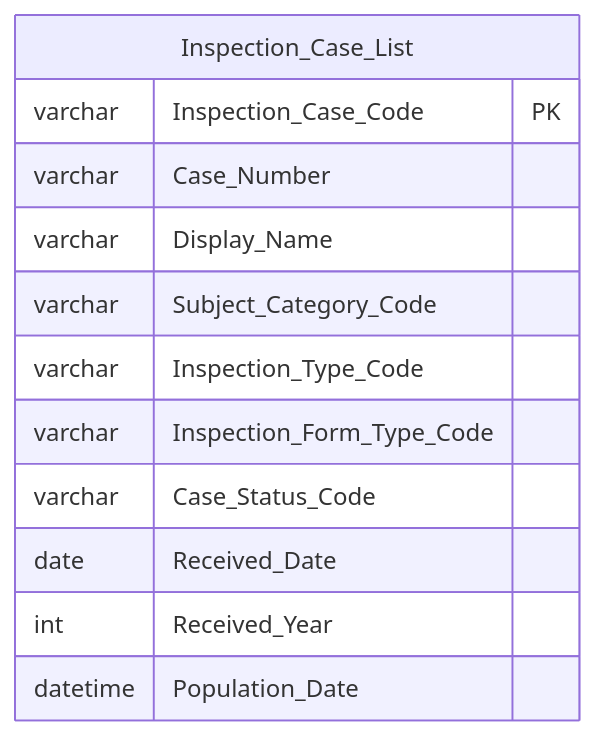
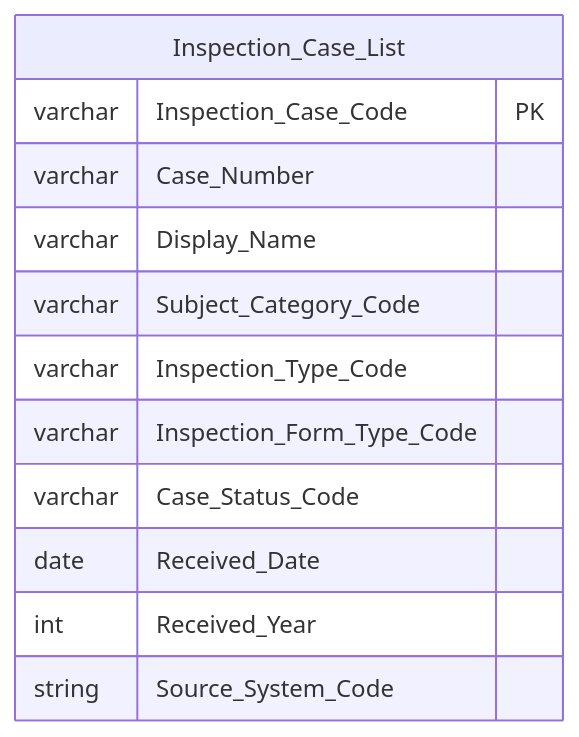
One commit to linhlvit/ubck_atomic_design changed the tenth of 25 diagrams in Datamart/hld/DTM_TT_HLD.md. Above: the diagram before and after it, drawn with Mermaid. The commit also changed other lines of this file and 2 other files, not shown here.

````diff
--- a/Datamart/hld/DTM_TT_HLD.md
+++ b/Datamart/hld/DTM_TT_HLD.md
@@ -418,15 +430,15 @@
 ```mermaid
 erDiagram
     Inspection_Case_List {
         varchar Inspection_Case_Code PK
         varchar Case_Number
         varchar Display_Name
         varchar Subject_Category_Code
         varchar Inspection_Type_Code
         varchar Inspection_Form_Type_Code
         varchar Case_Status_Code
         date Received_Date
         int Received_Year
-        datetime Population_Date
+        string Source_System_Code
     }
 ```
````
